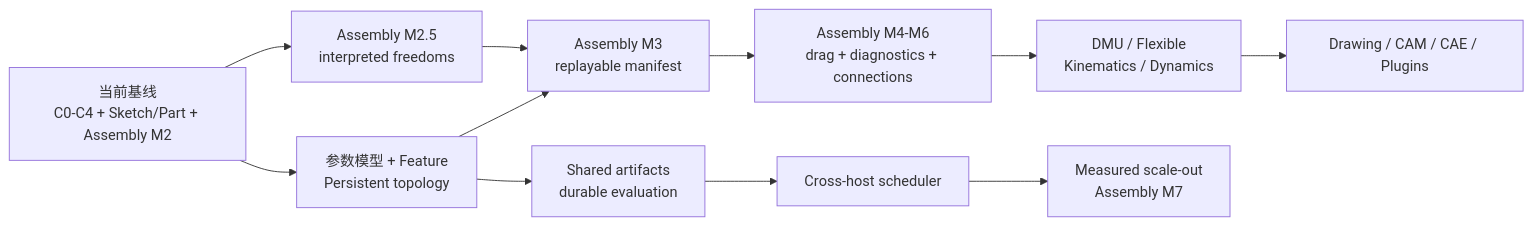
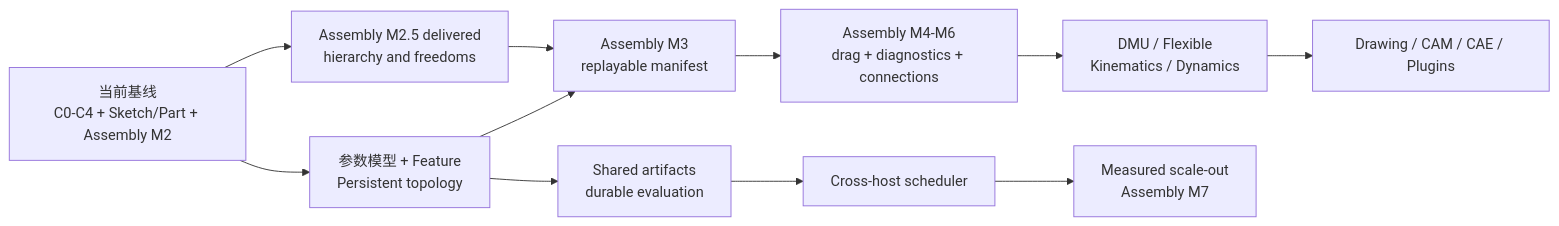
Before and after one commit to cossoledad/occccad: diagram 51 of 52 in docs/TARGET_ARCHITECTURE.md, drawn with Mermaid. The commit also changed other lines of this file and 29 other files, not shown here.

````diff
--- a/docs/TARGET_ARCHITECTURE.md
+++ b/docs/TARGET_ARCHITECTURE.md
@@ -5154,13 +5154,13 @@
 ```mermaid
 flowchart LR
     Baseline["当前基线<br/>C0-C4 + Sketch/Part + Assembly M2"] --> Part["参数模型 + Feature<br/>Persistent topology"]
-    Baseline --> M2["Assembly M2.5<br/>interpreted freedoms"]
+    Baseline --> M2["Assembly M2.5 delivered<br/>hierarchy and freedoms"]
     Part --> Manifest["Assembly M3<br/>replayable manifest"]
     M2 --> Manifest
     Manifest --> Interaction["Assembly M4-M6<br/>drag + diagnostics + connections"]
     Part --> Artifact["Shared artifacts<br/>durable evaluation"]
     Artifact --> Distributed["Cross-host scheduler"]
     Interaction --> DMU["DMU / Flexible<br/>Kinematics / Dynamics"]
     Distributed --> Scale["Measured scale-out<br/>Assembly M7"]
     DMU --> Ecosystem["Drawing / CAM / CAE / Plugins"]
 ```
````
